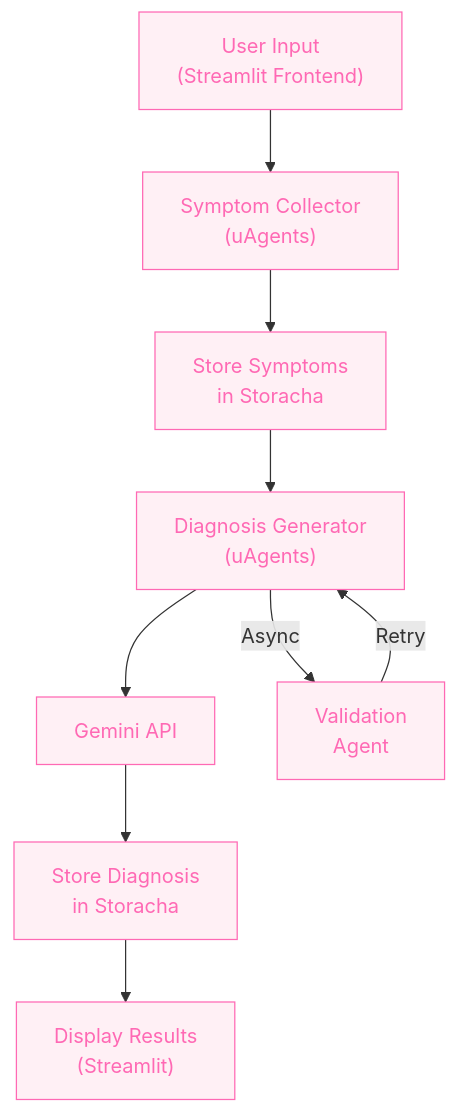
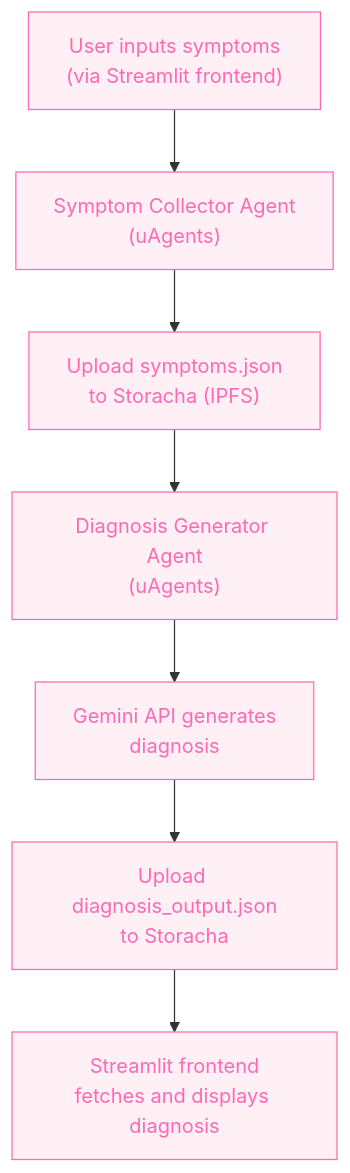
Before and after one commit to Fatumayattani/staba: the diagram in README.md, drawn with Mermaid. The commit also changed other lines of this file, not shown here.

Commit message:
save changes

````diff
--- a/README.md
+++ b/README.md
@@ -26,25 +26,17 @@
 ```mermaid
 flowchart TD
     %% Styling
     classDef pink fill:#fff0f5,color:#ff69b4,stroke:#ff69b4
     
-    %% Main Vertical Flow
-    A["User Input<br/>(Streamlit Frontend)"]:::pink
-    B["Symptom Collector<br/>(uAgents)"]:::pink
-    C["Store Symptoms<br/>in Storacha"]:::pink
-    D["Diagnosis Generator<br/>(uAgents)"]:::pink
-    G["Display Results<br/>(Streamlit)"]:::pink
+    %% Nodes (quotes + escaped line breaks)
+    A["User inputs symptoms<br/>(via Streamlit frontend)"]:::pink
+    B["Symptom Collector Agent<br/>(uAgents)"]:::pink
+    C["Upload symptoms.json<br/>to Storacha (IPFS)"]:::pink
+    D["Diagnosis Generator Agent<br/>(uAgents)"]:::pink
+    E["Gemini API generates<br/>diagnosis"]:::pink
+    F["Upload diagnosis_output.json<br/>to Storacha"]:::pink
+    G["Streamlit frontend<br/>fetches and displays diagnosis"]:::pink
 
-    %% Horizontal Elements
-    E["Gemini API"]:::pink
-    F["Store Diagnosis<br/>in Storacha"]:::pink
-
-    %% Connections
-    A --> B --> C
-    C --> D --> E
-    E --> F --> G
-    
-    %% Horizontal Branch
-    D -->|Async| H["Validation<br/>Agent"]:::pink
-    H -->|Retry| D
+    %% Vertical Layout
+    A --> B --> C --> D --> E --> F --> G
 ```
````
